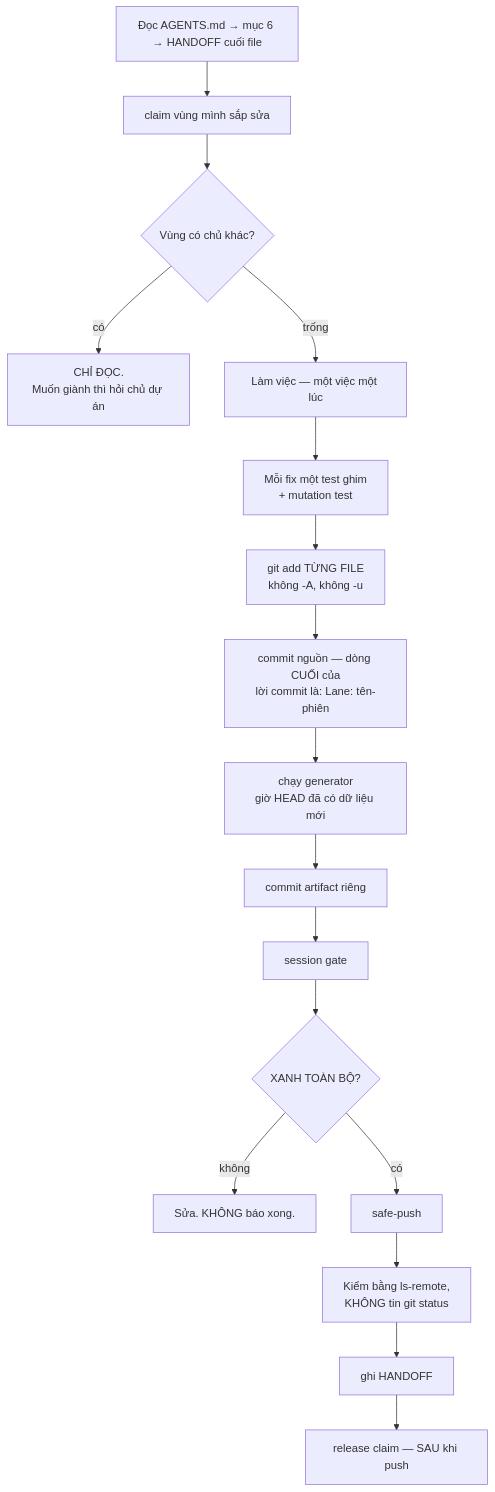
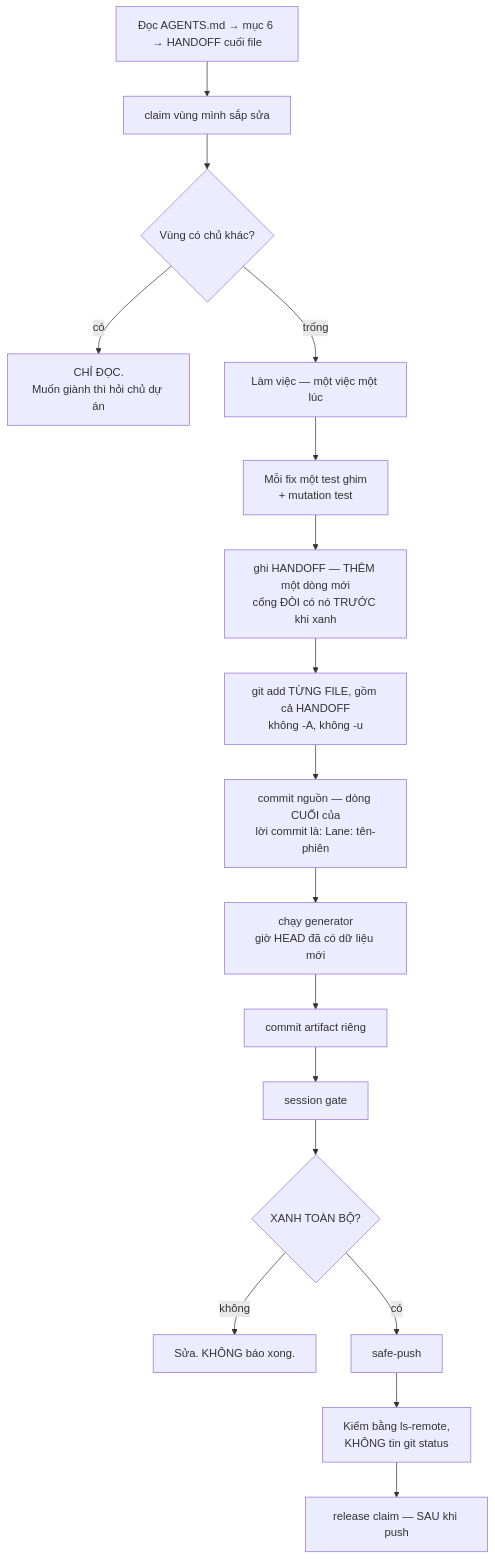
The diagram in docs/workflows/03-mot-phien-lam-viec.md (anhducds-GIT/Ark_Repo_Harness_Template), drawn with Mermaid before and after one commit. The commit also changed 3 other files, not shown here.

````diff
--- a/docs/workflows/03-mot-phien-lam-viec.md
+++ b/docs/workflows/03-mot-phien-lam-viec.md
@@ -12,19 +12,19 @@
 ```mermaid
 flowchart TD
     A["Đọc AGENTS.md → mục 6 → HANDOFF cuối file"] --> B["claim vùng mình sắp sửa"]
     B --> C{Vùng có chủ khác?}
     C -- có --> D["CHỈ ĐỌC.<br/>Muốn giành thì hỏi chủ dự án"]
     C -- trống --> E["Làm việc — một việc một lúc"]
     E --> F["Mỗi fix một test ghim<br/>+ mutation test"]
-    F --> G["git add TỪNG FILE<br/>không -A, không -u"]
+    F --> F2["ghi HANDOFF — THÊM một dòng mới<br/>cổng ĐÒI có nó TRƯỚC khi xanh"]
+    F2 --> G["git add TỪNG FILE, gồm cả HANDOFF<br/>không -A, không -u"]
     G --> H["commit nguồn — dòng CUỐI của<br/>lời commit là: Lane: tên-phiên"]
     H --> I["chạy generator<br/>giờ HEAD đã có dữ liệu mới"]
     I --> J["commit artifact riêng"]
     J --> K["session gate"]
     K --> L{XANH TOÀN BỘ?}
     L -- không --> M["Sửa. KHÔNG báo xong."]
     L -- có --> N["safe-push"]
     N --> O["Kiểm bằng ls-remote,<br/>KHÔNG tin git status"]
-    O --> P["ghi HANDOFF"]
-    P --> Q["release claim — SAU khi push"]
+    O --> Q["release claim — SAU khi push"]
 ```
````
